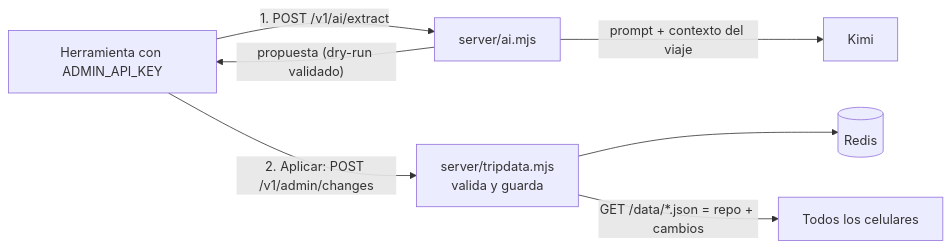
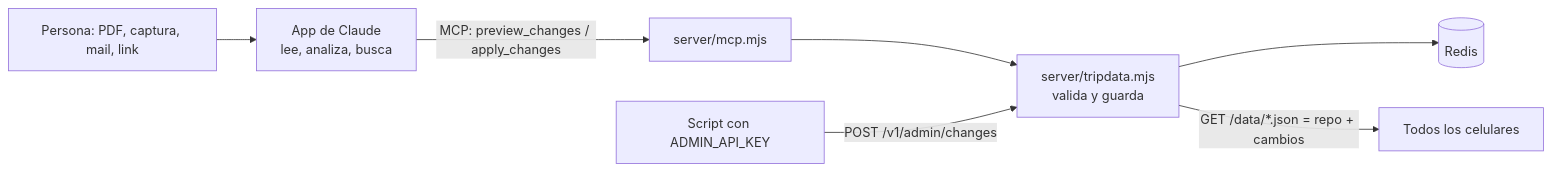
Before and after one commit to promani/travell: the fifth of 5 diagrams in ARCHITECTURE.md, drawn with Mermaid. The commit also changed other lines of this file and 26 other files, not shown here.

First line of the commit message:
No AI inside the app: Claude edits the trip only through the MCP

````diff
--- a/ARCHITECTURE.md
+++ b/ARCHITECTURE.md
@@ -285,9 +281,9 @@
 ```mermaid
 flowchart LR
-  CLI[Herramienta con ADMIN_API_KEY] -- "1. POST /v1/ai/extract" --> AI[server/ai.mjs]
-  AI -- prompt + contexto del viaje --> KIMI[Kimi]
-  AI -- "propuesta (dry-run validado)" --> CLI
-  CLI -- "2. Aplicar: POST /v1/admin/changes" --> ADM[server/tripdata.mjs<br/>valida y guarda]
+  P[Persona: PDF, captura, mail, link] --> C[App de Claude<br/>lee, analiza, busca]
+  C -- "MCP: preview_changes / apply_changes" --> MCP[server/mcp.mjs]
+  MCP --> ADM[server/tripdata.mjs<br/>valida y guarda]
+  CLI[Script con ADMIN_API_KEY] -- "POST /v1/admin/changes" --> ADM
   ADM --> REDIS[(Redis)]
   ADM -- "GET /data/*.json = repo + cambios" --> ALL[Todos los celulares]
 ```
````
